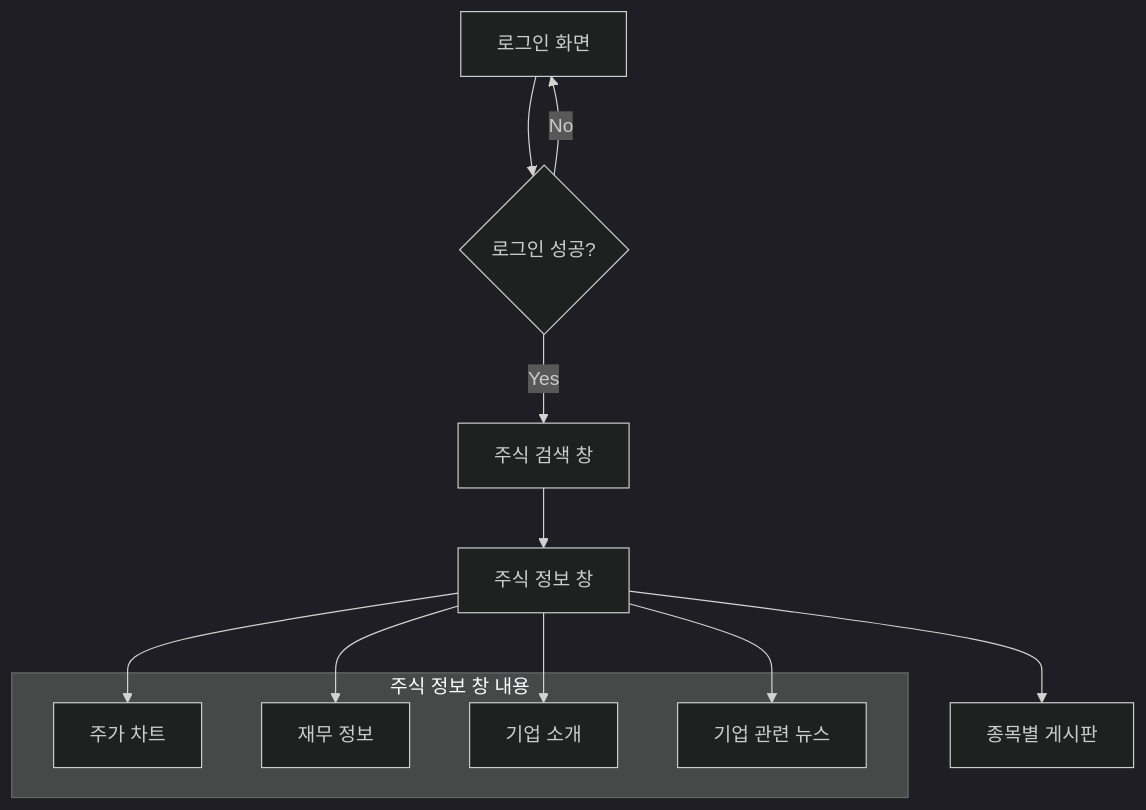
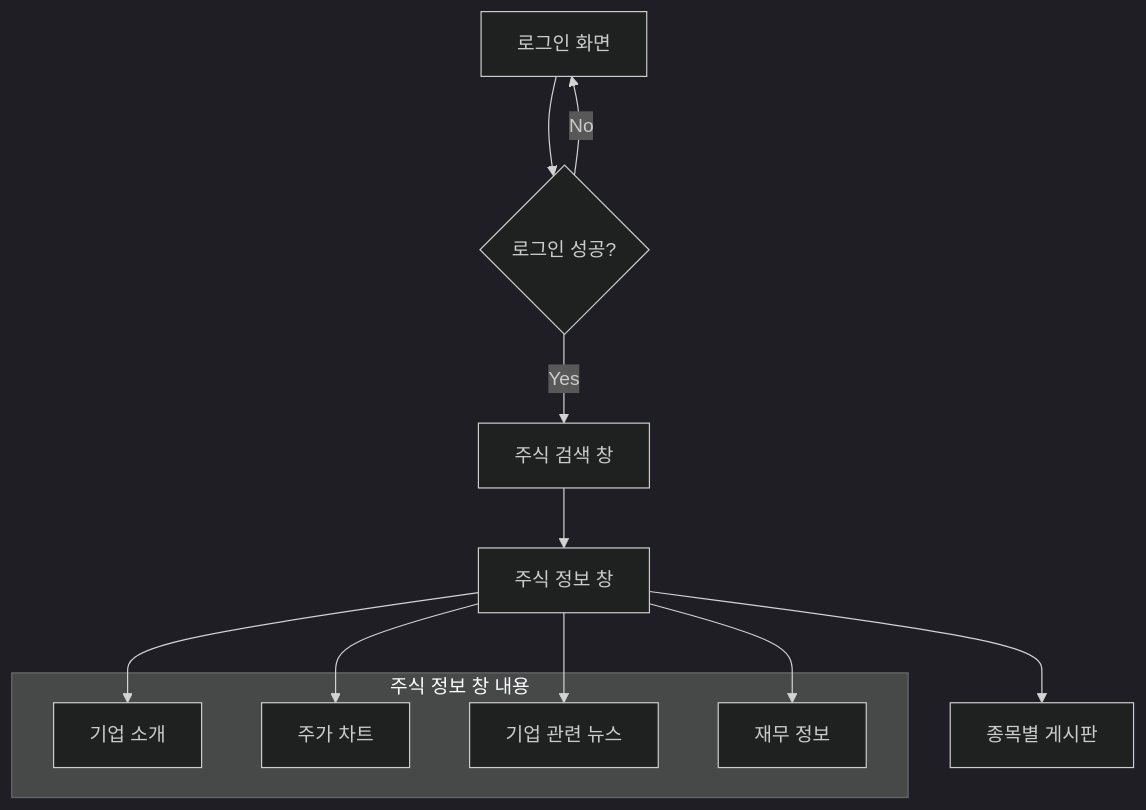
The second of 3 diagrams in README.md (Donggyu-Kim1/stalk), drawn with Mermaid (dark theme) before and after one commit. The commit also changed other lines of this file, not shown here.

````diff
--- a/README.md
+++ b/README.md
@@ -228,20 +230,20 @@
 ```mermaid
     graph TD
         A[로그인 화면] --> B{로그인 성공?}
         B -->|Yes| C[주식 검색 창]
         B -->|No| A
         C --> D[주식 정보 창]
         D --> E[종목별 게시판]
         
         subgraph "주식 정보 창 내용"
-            D1[주가 차트]
-            D2[재무 정보]
-            D3[기업 소개]
-            D4[기업 관련 뉴스]
+            D1[기업 소개]
+            D2[주가 차트]
+            D3[기업 관련 뉴스]
+            D4[재무 정보]
         end
         
         D --> D1
         D --> D2
         D --> D3
         D --> D4
 ```
````
